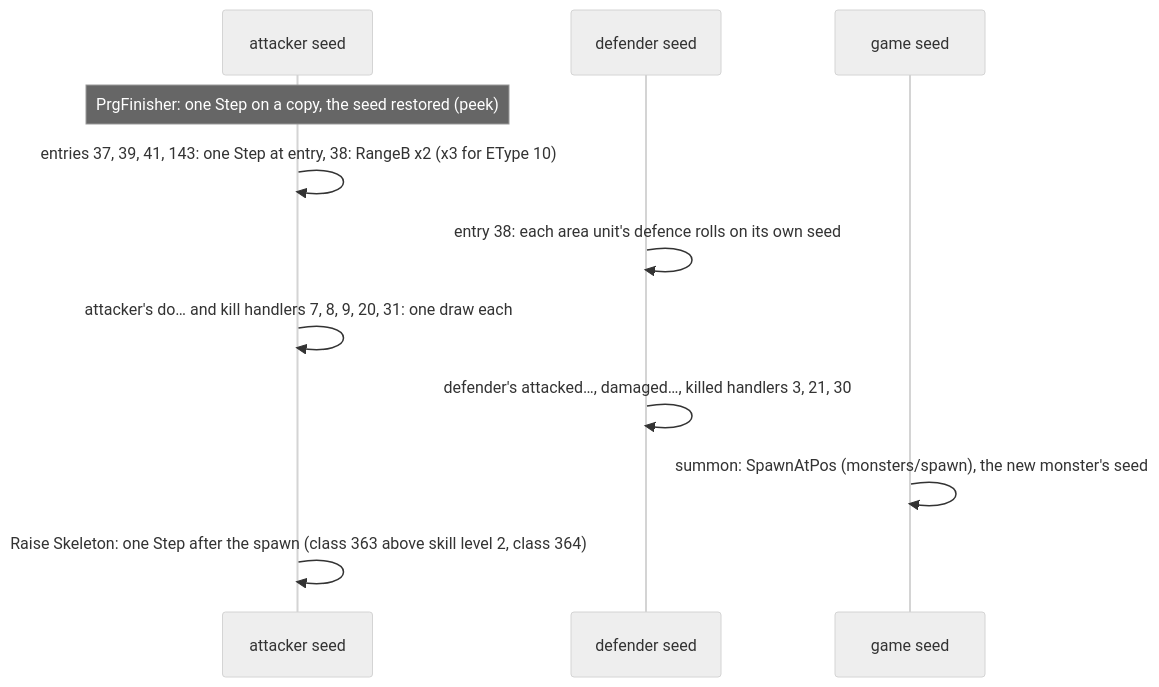
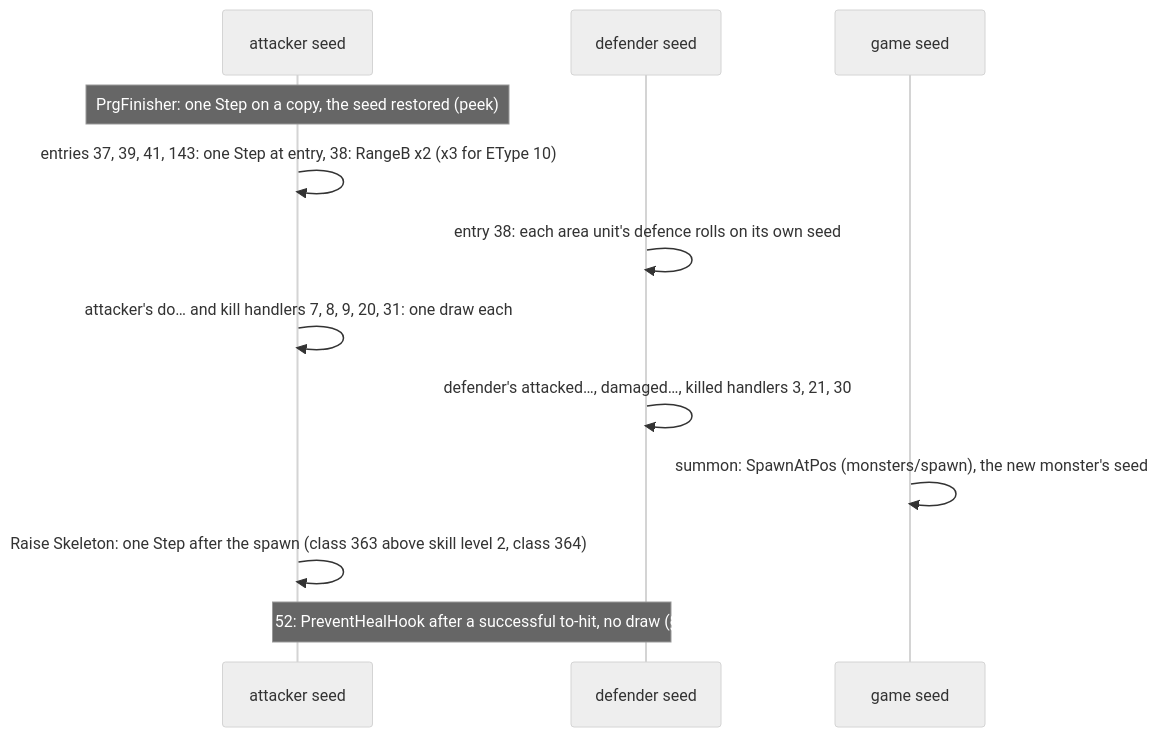
Before and after one commit to IgorKonovalov/diablo-2-recompilation: the third of 5 diagrams in docs/specs/skills/dispatch.md, drawn with Mermaid (neutral theme). The commit also changed other lines of this file and 14 other files, not shown here.

````diff
--- a/docs/specs/skills/dispatch.md
+++ b/docs/specs/skills/dispatch.md
@@ -151,13 +151,14 @@
 ```mermaid
 sequenceDiagram
   participant A as attacker seed
   participant D as defender seed
   participant G as game seed
   Note over A: PrgFinisher: one Step on a copy, the seed restored (peek)
   A->>A: entries 37, 39, 41, 143: one Step at entry, 38: RangeB x2 (x3 for EType 10)
   D->>D: entry 38: each area unit's defence rolls on its own seed
   A->>A: attacker's do… and kill handlers 7, 8, 9, 20, 31: one draw each
   D->>D: defender's attacked…, damaged…, killed handlers 3, 21, 30
   G->>G: summon: SpawnAtPos (monsters/spawn), the new monster's seed
   A->>A: Raise Skeleton: one Step after the spawn (class 363 above skill level 2, class 364)
+  Note over A,D: state 52: PreventHealHook after a successful to-hit, no draw (§ K3)
 ```
````
